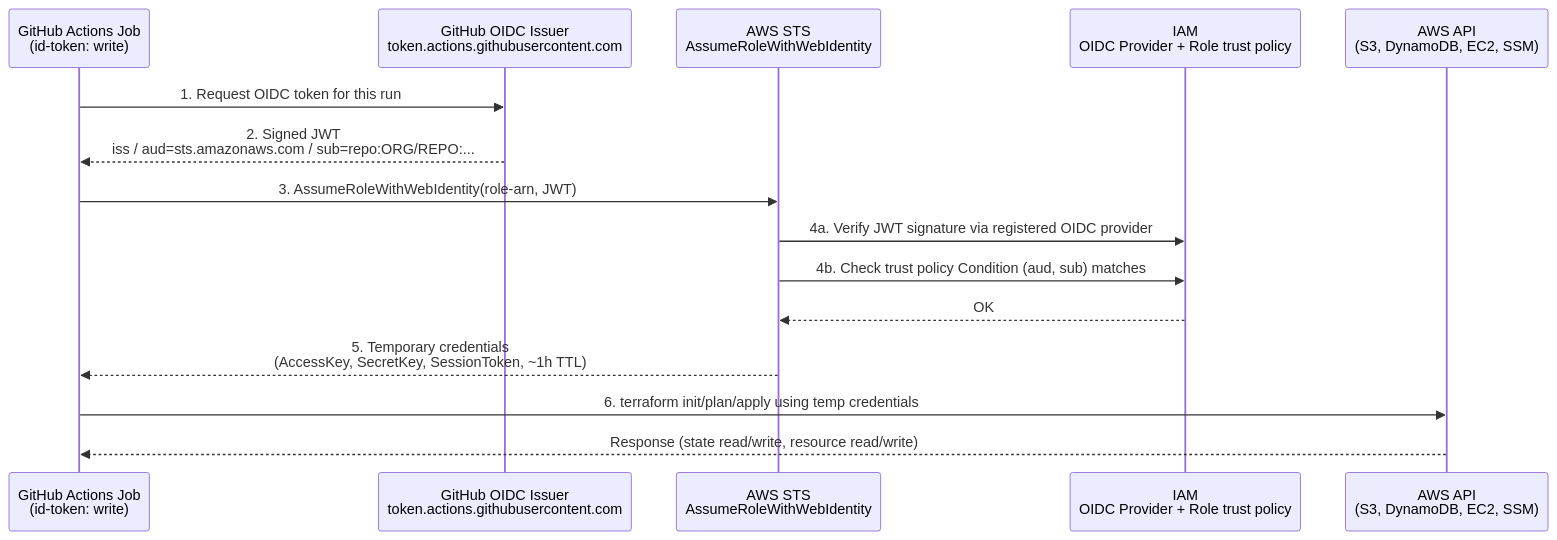
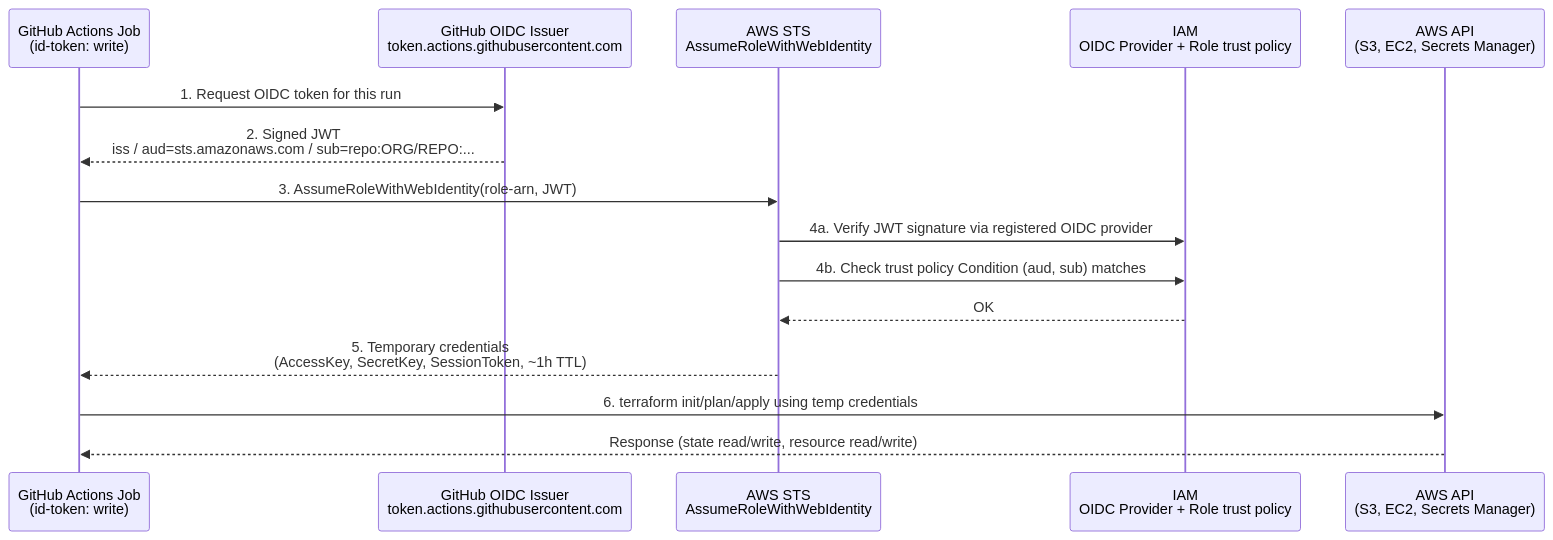
One commit to NgGiaToan/testing-terraform changed the first of 4 diagrams in OIDC-FLOW.md. Above: the diagram before and after it, drawn with Mermaid. The commit also changed other lines of this file and 127 other files, not shown here.

````diff
--- a/OIDC-FLOW.md
+++ b/OIDC-FLOW.md
@@ -7,21 +7,21 @@
 ```mermaid
 sequenceDiagram
     participant Job as GitHub Actions Job<br/>(id-token: write)
     participant GH as GitHub OIDC Issuer<br/>token.actions.githubusercontent.com
     participant STS as AWS STS<br/>AssumeRoleWithWebIdentity
     participant IAM as IAM<br/>OIDC Provider + Role trust policy
-    participant AWS as AWS API<br/>(S3, DynamoDB, EC2, SSM)
+    participant AWS as AWS API<br/>(S3, EC2, Secrets Manager)
 
     Job->>GH: 1. Request OIDC token for this run
     GH-->>Job: 2. Signed JWT<br/>iss / aud=sts.amazonaws.com / sub=repo:ORG/REPO:...
 
     Job->>STS: 3. AssumeRoleWithWebIdentity(role-arn, JWT)
     STS->>IAM: 4a. Verify JWT signature via registered OIDC provider
     STS->>IAM: 4b. Check trust policy Condition (aud, sub) matches
     IAM-->>STS: OK
 
     STS-->>Job: 5. Temporary credentials<br/>(AccessKey, SecretKey, SessionToken, ~1h TTL)
 
     Job->>AWS: 6. terraform init/plan/apply using temp credentials
     AWS-->>Job: Response (state read/write, resource read/write)
 ```
````
